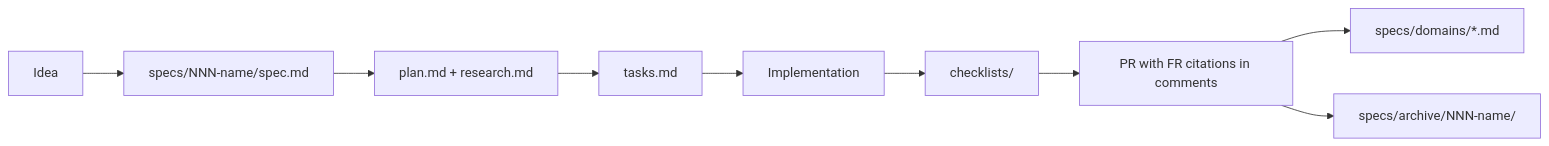
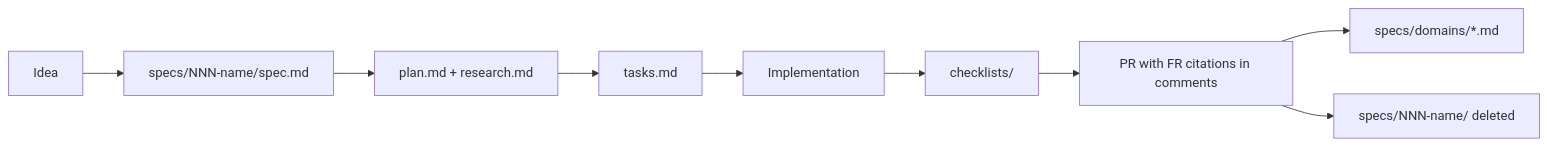
Before and after one commit to nonamecat19/job-finder: the third of 3 diagrams in docs/docs/principles/coding-conventions.md, drawn with Mermaid. The commit also changed other lines of this file and 9 other files, not shown here.

````diff
--- a/docs/docs/principles/coding-conventions.md
+++ b/docs/docs/principles/coding-conventions.md
@@ -109,11 +109,11 @@
 ```mermaid
 flowchart LR
     IDEA["Idea"] --> SPEC["specs/NNN-name/spec.md"]
     SPEC --> PLAN["plan.md + research.md"]
     PLAN --> TASKS["tasks.md"]
     TASKS --> CODE["Implementation"]
     CODE --> CHECK["checklists/"]
     CHECK --> PR["PR with FR citations in comments"]
     PR --> DOM["specs/domains/*.md"]
-    PR --> ARCH["specs/archive/NNN-name/"]
+    PR --> DEL["specs/NNN-name/ deleted"]
 ```
````
